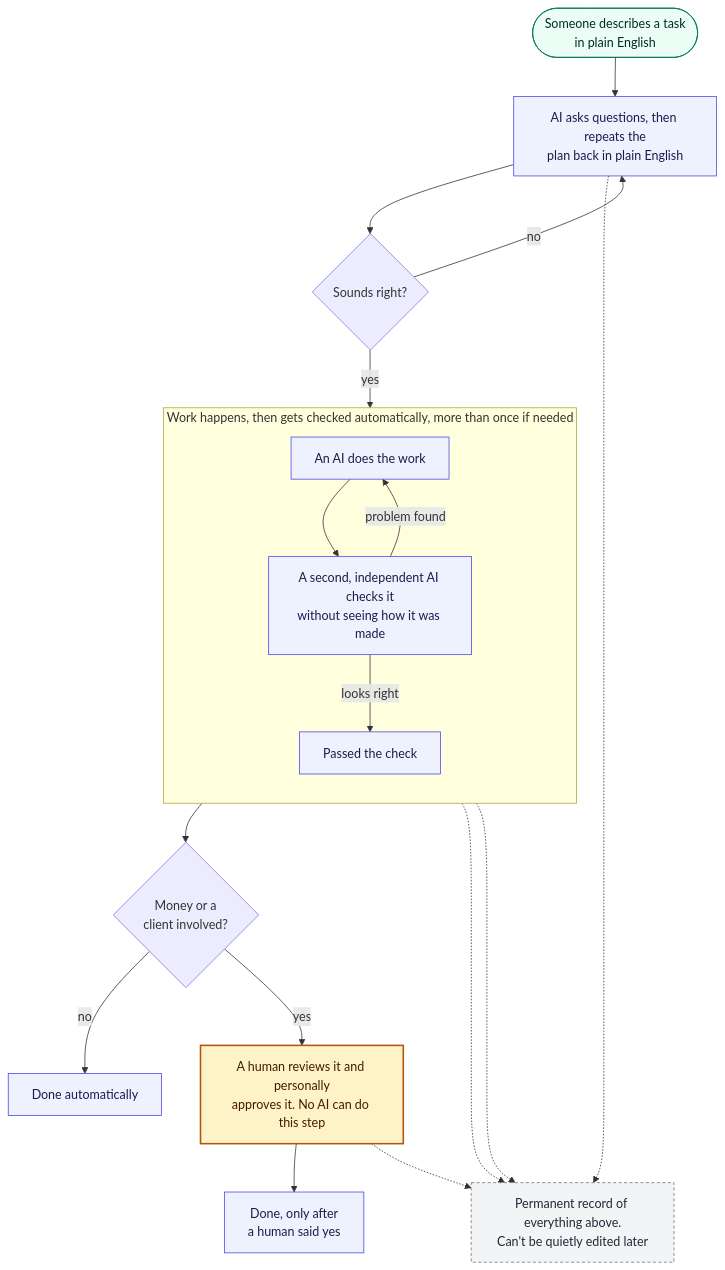
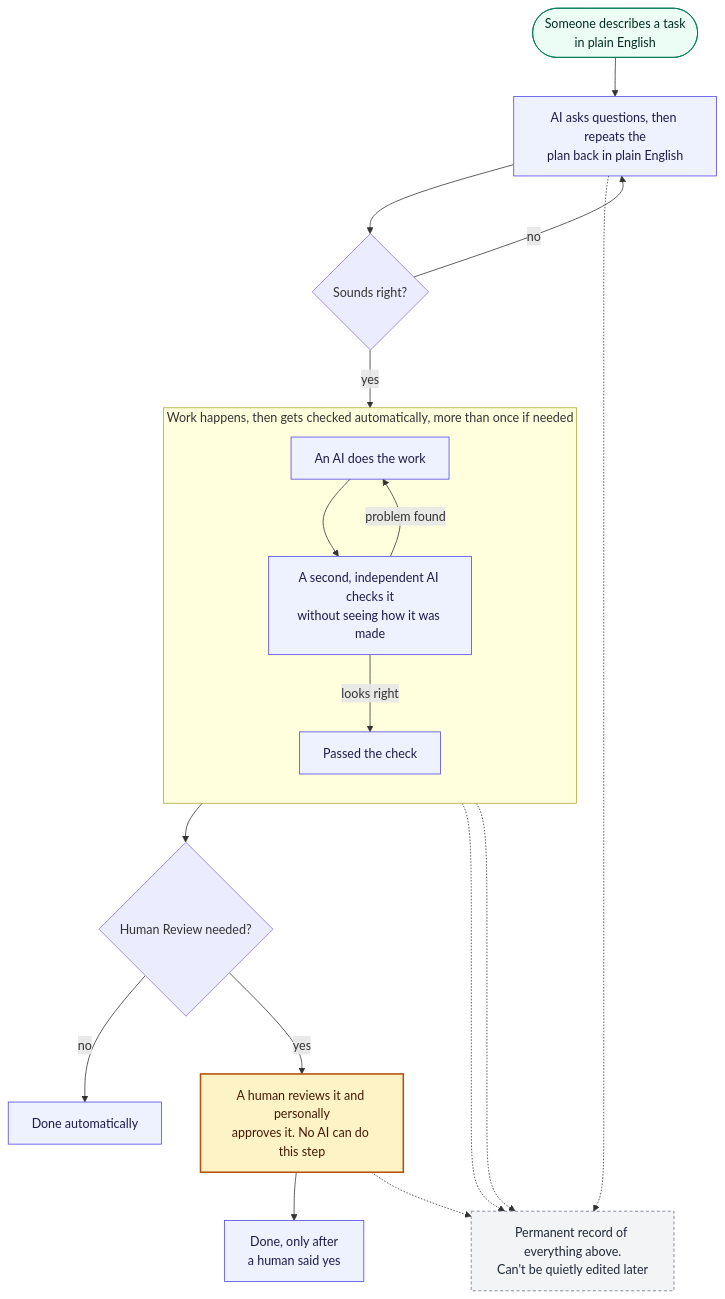
Before and after one commit to amtamaddon/intake: the first of 2 diagrams in README.md, drawn with Mermaid. The commit also changed other lines of this file and 1 other file, not shown here.

First line of the commit message:
README diagrams: simplify per feedback

````diff
--- a/README.md
+++ b/README.md
@@ -30,31 +30,31 @@
 ```mermaid
 flowchart TB
     classDef start fill:#ecfdf5,stroke:#047857,color:#022c22,stroke-width:1px
     classDef ai fill:#eef2ff,stroke:#4f46e5,color:#1e1b4b,stroke-width:1px
     classDef human fill:#fef3c7,stroke:#b45309,color:#451a03,stroke-width:2px
     classDef log fill:#f3f4f6,stroke:#6b7280,color:#1f2937,stroke-width:1px,stroke-dasharray:4 3
 
     START(["Someone describes a task<br/>in plain English"]):::start --> ASK
 
     ASK["AI asks questions, then repeats the<br/>plan back in plain English"]:::ai --> OK{Sounds right?}
     OK -->|no| ASK
     OK -->|yes| DO
 
     subgraph LOOP["Work happens, then gets checked automatically, more than once if needed"]
         direction TB
         DO["An AI does the work"]:::ai --> CHECK["A second, independent AI checks it<br/>without seeing how it was made"]:::ai
         CHECK -->|problem found| DO
         CHECK -->|looks right| PASS["Passed the check"]:::ai
     end
 
-    PASS --> RISK{Money or a<br/>client involved?}
+    PASS --> RISK{Human Review needed?}
     RISK -->|no| DONE["Done automatically"]:::ai
     RISK -->|yes| APPROVE["A human reviews it and personally<br/>approves it. No AI can do this step"]:::human
     APPROVE --> DONE2["Done, only after<br/>a human said yes"]:::ai
 
     LOG["Permanent record of everything above.<br/>Can't be quietly edited later"]:::log
     ASK -.-> LOG
     DO -.-> LOG
     CHECK -.-> LOG
     APPROVE -.-> LOG
 ```
````
